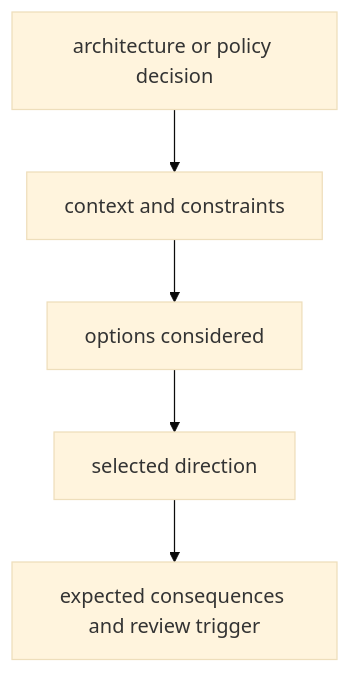
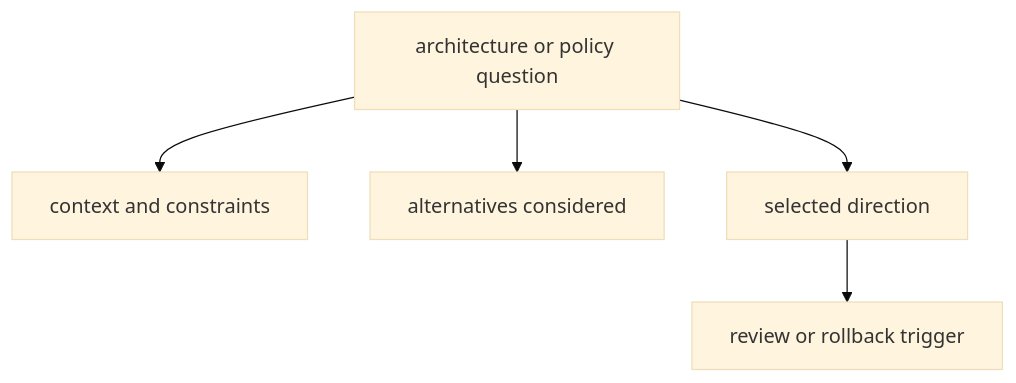
Before and after one commit to bijux/bijux-cli: the diagram in docs/bijux-core/governance/decision-record-policy.md, drawn with Mermaid (base theme). The commit also changed other lines of this file, not shown here.

Commit message:
docs(core-governance): clarify the decision record policy

````diff
--- a/docs/bijux-core/governance/decision-record-policy.md
+++ b/docs/bijux-core/governance/decision-record-policy.md
@@ -17,7 +21,7 @@
 ```mermaid
 flowchart TD
-    decision[architecture or policy decision] --> context[context and constraints]
-    context --> options[options considered]
-    options --> outcome[selected direction]
-    outcome --> consequences[expected consequences and review trigger]
+    decision["architecture or policy question"] --> context["context and constraints"]
+    decision --> options["alternatives considered"]
+    decision --> outcome["selected direction"]
+    outcome --> review["review or rollback trigger"]
 ```
````
